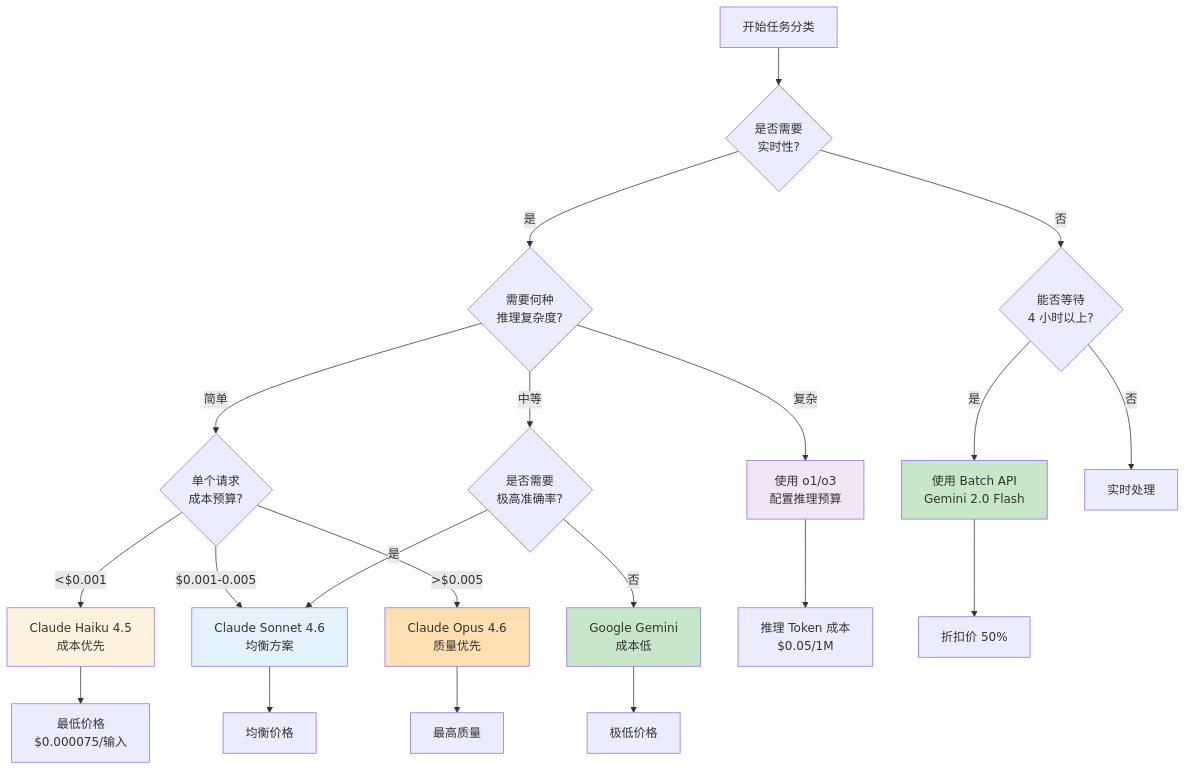
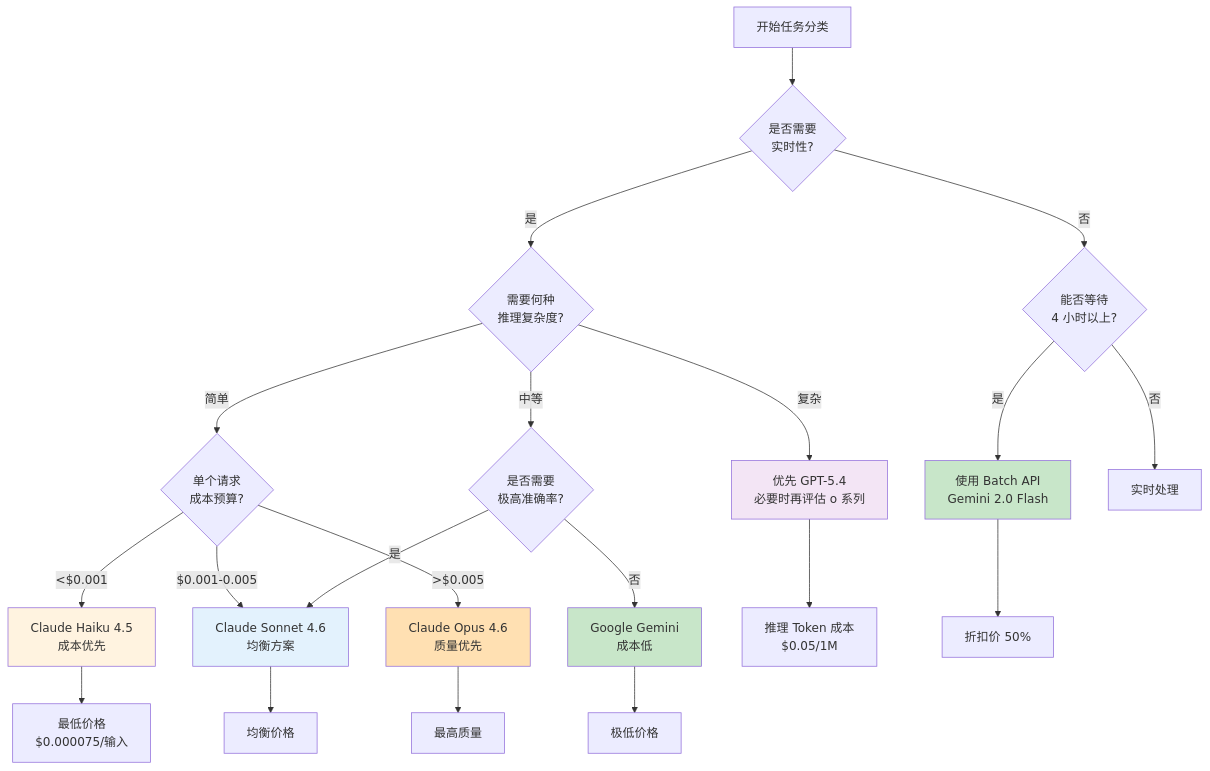
The fifth of 6 diagrams in 12_automated_pe/12.5_promptops_cost_management.md (changsongyang/prompt_engineering_guide), drawn with Mermaid before and after one commit. The commit also changed other lines of this file and 6 other files, not shown here.

````diff
--- a/12_automated_pe/12.5_promptops_cost_management.md
+++ b/12_automated_pe/12.5_promptops_cost_management.md
@@ -453,35 +453,35 @@
 ```mermaid
 graph TD
     Start["开始任务分类"] --> Q1{"是否需要<br/>实时性?"}
 
     Q1 -->|是| Q2{"需要何种<br/>推理复杂度?"}
     Q1 -->|否| Q3{"能否等待<br/>4 小时以上?"}
 
     Q2 -->|简单| Q4{"单个请求<br/>成本预算?"}
     Q2 -->|中等| Q5{"是否需要<br/>极高准确率?"}
-    Q2 -->|复杂| UseO1["使用 o1/o3<br/>配置推理预算"]
+    Q2 -->|复杂| UseO1["优先 GPT-5.4<br/>必要时再评估 o 系列"]
 
     Q3 -->|是| UseBatch["使用 Batch API<br/>Gemini 2.0 Flash"]
     Q3 -->|否| RT["实时处理"]
 
     Q4 -->|<$0.001| UseHaiku["Claude Haiku 4.5<br/>成本优先"]
     Q4 -->|$0.001-0.005| UseSonnet["Claude Sonnet 4.6<br/>均衡方案"]
     Q4 -->|>$0.005| UseOpus["Claude Opus 4.6<br/>质量优先"]
 
     Q5 -->|是| UseSonnet
     Q5 -->|否| UseGemini["Google Gemini<br/>成本低"]
 
     UseO1 --> Cost1["推理 Token 成本<br/>$0.05/1M"]
     UseBatch --> Cost2["折扣价 50%"]
     UseHaiku --> Cost3["最低价格<br/>$0.000075/输入"]
     UseSonnet --> Cost4["均衡价格"]
     UseOpus --> Cost5["最高质量"]
     UseGemini --> Cost6["极低价格"]
 
     style UseO1 fill:#f3e5f5
     style UseBatch fill:#c8e6c9
     style UseHaiku fill:#fff3e0
     style UseSonnet fill:#e3f2fd
     style UseOpus fill:#ffe0b2
     style UseGemini fill:#c8e6c9
 ```
````
